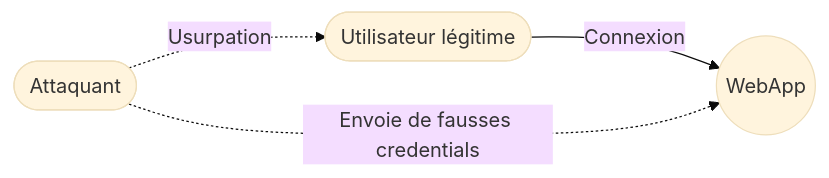
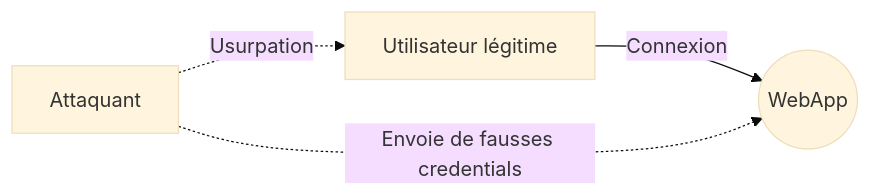
Before and after one commit to ophenix-maisonneuve/420-950-ma-site-web: the first of 2 diagrams in _notes/stride/menaces/stride-spoofing.md, drawn with Mermaid (base theme). The commit also changed other lines of this file and 4 other files, not shown here.

````diff
--- a/_notes/stride/menaces/stride-spoofing.md
+++ b/_notes/stride/menaces/stride-spoofing.md
@@ -56,7 +56,7 @@
 ```mermaid
 flowchart LR
-    Attacker([Attaquant]) -. Usurpation .-> User([Utilisateur légitime])
+    Attacker[Attaquant] -. Usurpation .-> User[Utilisateur légitime]
 
     User -->|Connexion| WebApp((WebApp))
     Attacker -. Envoie de fausses credentials .-> WebApp
 ```
````
